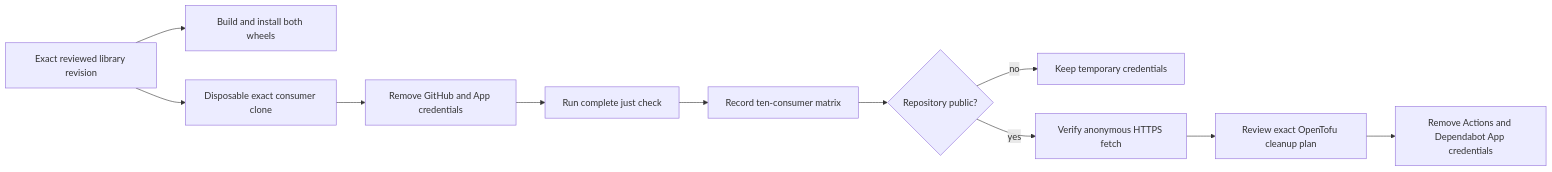
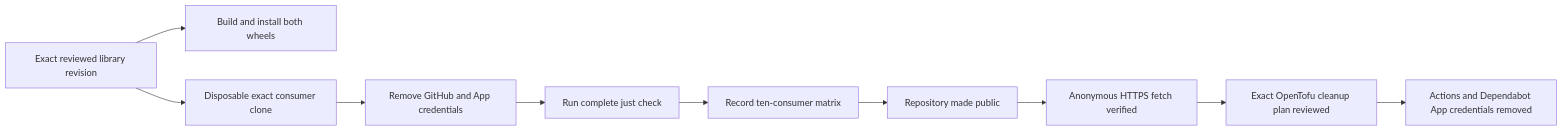
Before and after one commit to groovemap-music/python-libraries: the diagram in docs/consumer-compatibility.md, drawn with Mermaid. The commit also changed other lines of this file and 5 other files, not shown here.

````diff
--- a/docs/consumer-compatibility.md
+++ b/docs/consumer-compatibility.md
@@ -24,13 +26,12 @@
 ```mermaid
 flowchart LR
     Revision[Exact reviewed library revision] --> Wheels[Build and install both wheels]
     Revision --> Clone[Disposable exact consumer clone]
     Clone --> Anonymous[Remove GitHub and App credentials]
     Anonymous --> CI[Run complete just check]
     CI --> Matrix[Record ten-consumer matrix]
-    Matrix --> Public{Repository public?}
-    Public -- no --> Keep[Keep temporary credentials]
-    Public -- yes --> Fetch[Verify anonymous HTTPS fetch]
-    Fetch --> Plan[Review exact OpenTofu cleanup plan]
-    Plan --> Remove[Remove Actions and Dependabot App credentials]
+    Matrix --> Public[Repository made public]
+    Public --> Fetch[Anonymous HTTPS fetch verified]
+    Fetch --> Plan[Exact OpenTofu cleanup plan reviewed]
+    Plan --> Remove[Actions and Dependabot App credentials removed]
 ```
````
